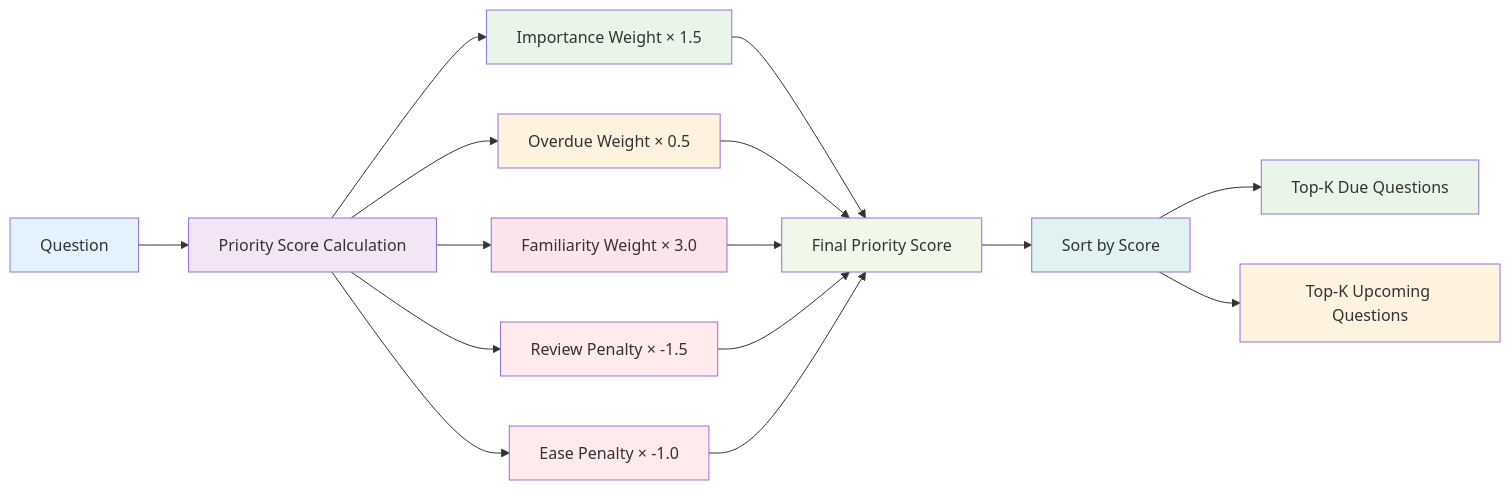
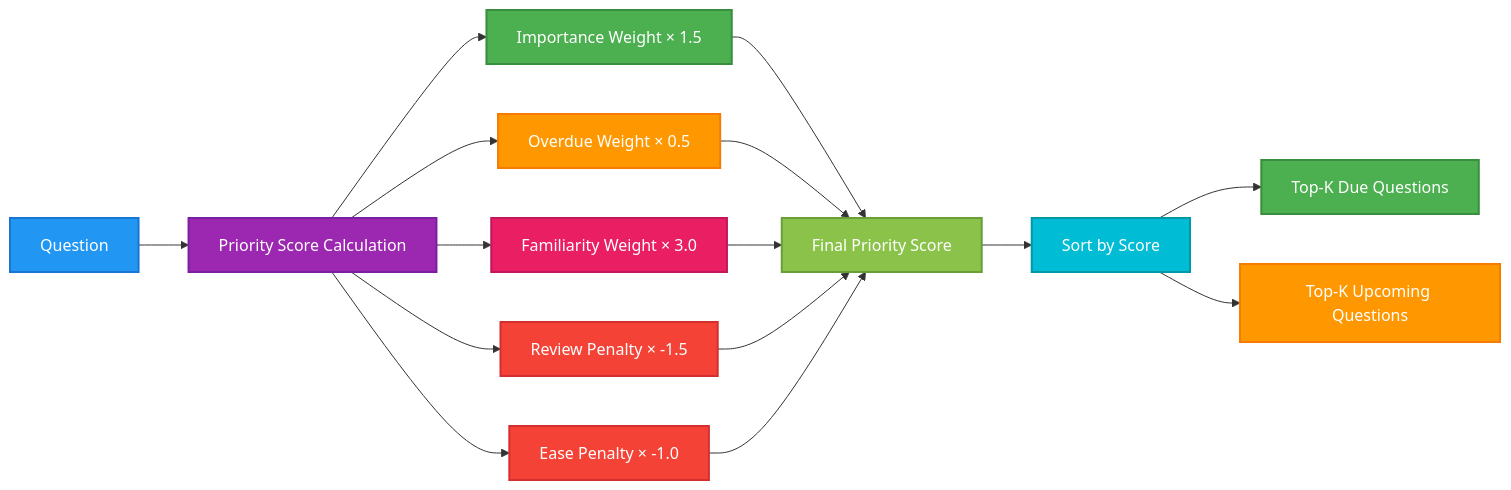
Before and after one commit to eannchen/leetsolv: the sixth of 8 diagrams in README.md, drawn with Mermaid. The commit also changed other lines of this file, not shown here.

Commit message:
docs: update README.md to improve flowchart styles with new color schemes for better visual clarity and consistency across sections

````diff
--- a/README.md
+++ b/README.md
@@ -614,31 +614,31 @@
 ```mermaid
 graph LR
     A[Question] --> B[Priority Score Calculation]
     B --> C[Importance Weight × 1.5]
     B --> D[Overdue Weight × 0.5]
     B --> E[Familiarity Weight × 3.0]
     B --> F[Review Penalty × -1.5]
     B --> G[Ease Penalty × -1.0]
 
     C --> H[Final Priority Score]
     D --> H
     E --> H
     F --> H
     G --> H
 
     H --> I[Sort by Score]
     I --> J[Top-K Due Questions]
     I --> K[Top-K Upcoming Questions]
 
-    style A fill:#e3f2fd
-    style B fill:#f3e5f5
-    style C fill:#e8f5e8
-    style D fill:#fff3e0
-    style E fill:#fce4ec
-    style F fill:#ffebee
-    style G fill:#ffebee
-    style H fill:#f1f8e9
-    style I fill:#e0f2f1
-    style J fill:#e8f5e8
-    style K fill:#fff3e0
+    style A fill:#2196F3,stroke:#1976D2,stroke-width:2px,color:#ffffff
+    style B fill:#9C27B0,stroke:#7B1FA2,stroke-width:2px,color:#ffffff
+    style C fill:#4CAF50,stroke:#388E3C,stroke-width:2px,color:#ffffff
+    style D fill:#FF9800,stroke:#F57C00,stroke-width:2px,color:#ffffff
+    style E fill:#E91E63,stroke:#C2185B,stroke-width:2px,color:#ffffff
+    style F fill:#F44336,stroke:#D32F2F,stroke-width:2px,color:#ffffff
+    style G fill:#F44336,stroke:#D32F2F,stroke-width:2px,color:#ffffff
+    style H fill:#8BC34A,stroke:#689F38,stroke-width:2px,color:#ffffff
+    style I fill:#00BCD4,stroke:#0097A7,stroke-width:2px,color:#ffffff
+    style J fill:#4CAF50,stroke:#388E3C,stroke-width:2px,color:#ffffff
+    style K fill:#FF9800,stroke:#F57C00,stroke-width:2px,color:#ffffff
 ```
````
